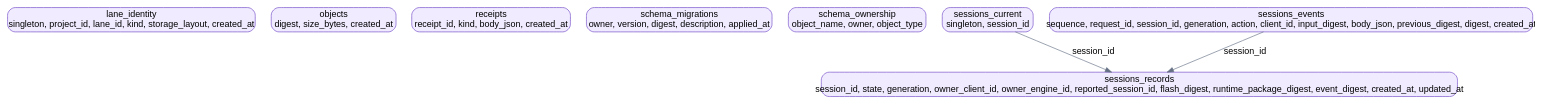
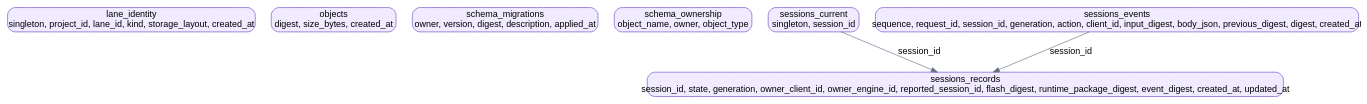
The diagram in plugins/evidence-lane-plugin/authorities/session_authority/session-authority.dot (rathee000001/evidence_lane_plugin), drawn with Graphviz before and after one commit. The commit also changed 2126 other files, not shown here.

Commit message:
fix: complete v4.0.4 plugin architecture

```diff
--- a/plugins/evidence-lane-plugin/authorities/session_authority/session-authority.dot
+++ b/plugins/evidence-lane-plugin/authorities/session_authority/session-authority.dot
@@ -1,17 +1,16 @@
-digraph schema_session_authority {
+digraph schema_sessions {
   // EVIDENCE_LANE_GRAPH_ENGINE=PYTHON_GRAPHVIZ
   // PYTHON_GRAPHVIZ_VERSION=0.21
   bgcolor=white compound=true fontname=Arial newrank=true nodesep=0.35 rankdir=TB ranksep=0.65 splines=polyline
   node [color="#667085" fontname=Arial shape=box style="rounded,filled"]
   edge [color="#667085" fontname=Arial]
   t_lane_identity [label="lane_identity\nsingleton, project_id, lane_id, kind, storage_layout, created_at" color="#7147c7" fillcolor="#f0ebff" shape=box style="rounded,filled"]
   t_objects [label="objects\ndigest, size_bytes, created_at" color="#7147c7" fillcolor="#f0ebff" shape=box style="rounded,filled"]
-  t_receipts [label="receipts\nreceipt_id, kind, body_json, created_at" color="#7147c7" fillcolor="#f0ebff" shape=box style="rounded,filled"]
   t_schema_migrations [label="schema_migrations\nowner, version, digest, description, applied_at" color="#7147c7" fillcolor="#f0ebff" shape=box style="rounded,filled"]
   t_schema_ownership [label="schema_ownership\nobject_name, owner, object_type" color="#7147c7" fillcolor="#f0ebff" shape=box style="rounded,filled"]
   t_sessions_current [label="sessions_current\nsingleton, session_id" color="#7147c7" fillcolor="#f0ebff" shape=box style="rounded,filled"]
   t_sessions_events [label="sessions_events\nsequence, request_id, session_id, generation, action, client_id, input_digest, body_json, previous_digest, digest, created_at" color="#7147c7" fillcolor="#f0ebff" shape=box style="rounded,filled"]
   t_sessions_records [label="sessions_records\nsession_id, state, generation, owner_client_id, owner_engine_id, reported_session_id, flash_digest, runtime_package_digest, event_digest, created_at, updated_at" color="#7147c7" fillcolor="#f0ebff" shape=box style="rounded,filled"]
   t_sessions_current -> t_sessions_records [label=session_id]
   t_sessions_events -> t_sessions_records [label=session_id]
 }
```
